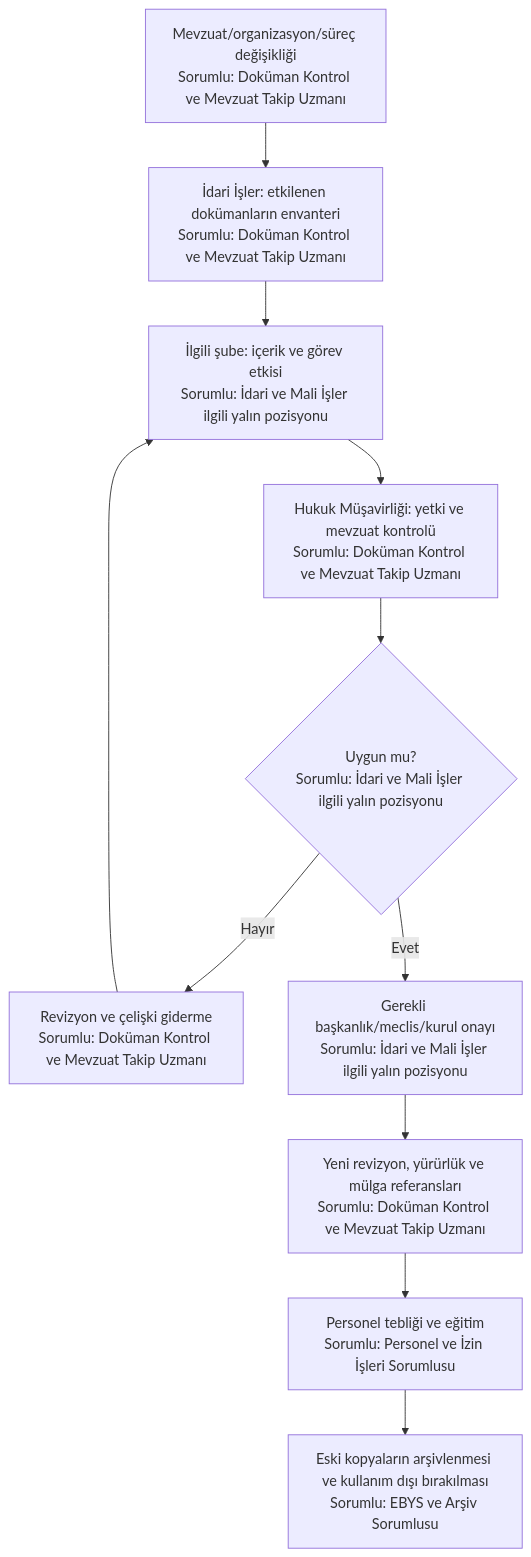
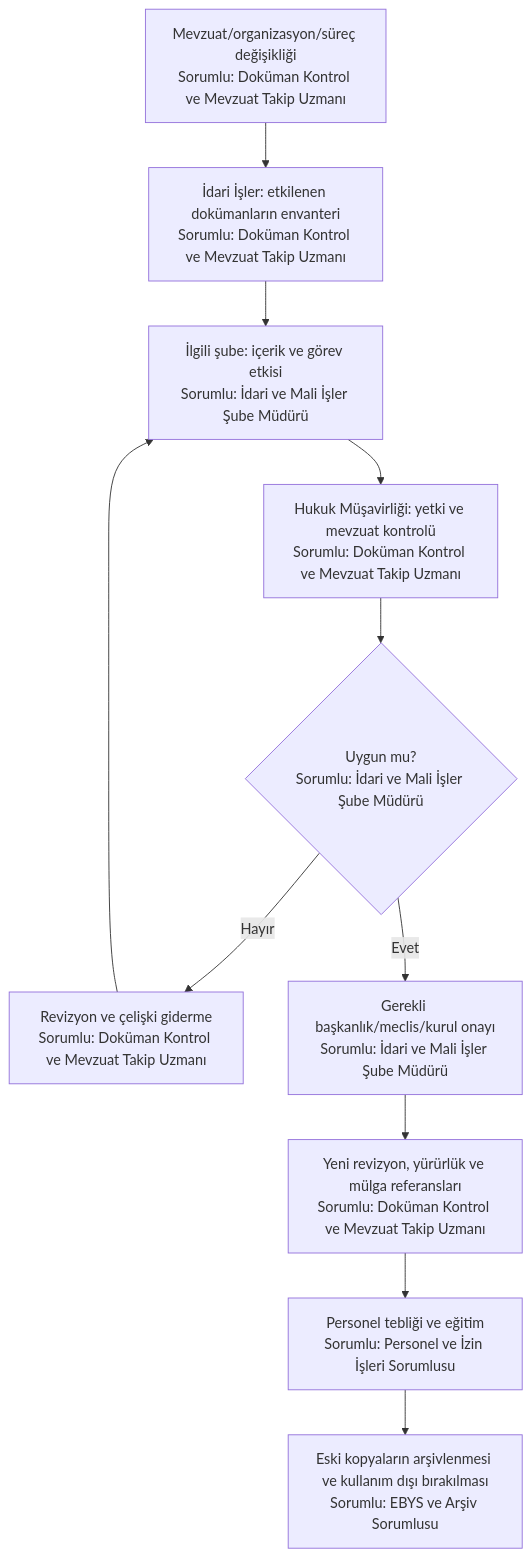
Before and after one commit to merdaergen-create/Ulasim_Dairesi_Is_Analizi: the sixth of 6 diagrams in 11_yalin_surec_haritalari_sorumlulari_belirtilmis/idari_isler/README.md, drawn with Mermaid. The commit also changed other lines of this file and 9 other files, not shown here.

Commit message:
Yalın süreç haritalarını koruyarak kesin sorumlu pozisyonları ekle

````diff
--- a/11_yalin_surec_haritalari_sorumlulari_belirtilmis/idari_isler/README.md
+++ b/11_yalin_surec_haritalari_sorumlulari_belirtilmis/idari_isler/README.md
@@ -175,13 +175,13 @@
 ```mermaid
 flowchart TD
     A[Mevzuat/organizasyon/süreç değişikliği<br/>Sorumlu: Doküman Kontrol ve Mevzuat Takip Uzmanı] --> B[İdari İşler: etkilenen dokümanların envanteri<br/>Sorumlu: Doküman Kontrol ve Mevzuat Takip Uzmanı]
-    B --> C[İlgili şube: içerik ve görev etkisi<br/>Sorumlu: İdari ve Mali İşler ilgili yalın pozisyonu]
+    B --> C[İlgili şube: içerik ve görev etkisi<br/>Sorumlu: İdari ve Mali İşler Şube Müdürü]
     C --> D[Hukuk Müşavirliği: yetki ve mevzuat kontrolü<br/>Sorumlu: Doküman Kontrol ve Mevzuat Takip Uzmanı]
-    D --> E{Uygun mu?<br/>Sorumlu: İdari ve Mali İşler ilgili yalın pozisyonu}
+    D --> E{Uygun mu?<br/>Sorumlu: İdari ve Mali İşler Şube Müdürü}
     E -- Hayır --> F[Revizyon ve çelişki giderme<br/>Sorumlu: Doküman Kontrol ve Mevzuat Takip Uzmanı]
     F --> C
-    E -- Evet --> G[Gerekli başkanlık/meclis/kurul onayı<br/>Sorumlu: İdari ve Mali İşler ilgili yalın pozisyonu]
+    E -- Evet --> G[Gerekli başkanlık/meclis/kurul onayı<br/>Sorumlu: İdari ve Mali İşler Şube Müdürü]
     G --> H[Yeni revizyon, yürürlük ve mülga referansları<br/>Sorumlu: Doküman Kontrol ve Mevzuat Takip Uzmanı]
     H --> I[Personel tebliği ve eğitim<br/>Sorumlu: Personel ve İzin İşleri Sorumlusu]
     I --> J[Eski kopyaların arşivlenmesi ve kullanım dışı bırakılması<br/>Sorumlu: EBYS ve Arşiv Sorumlusu]
 ```
````
